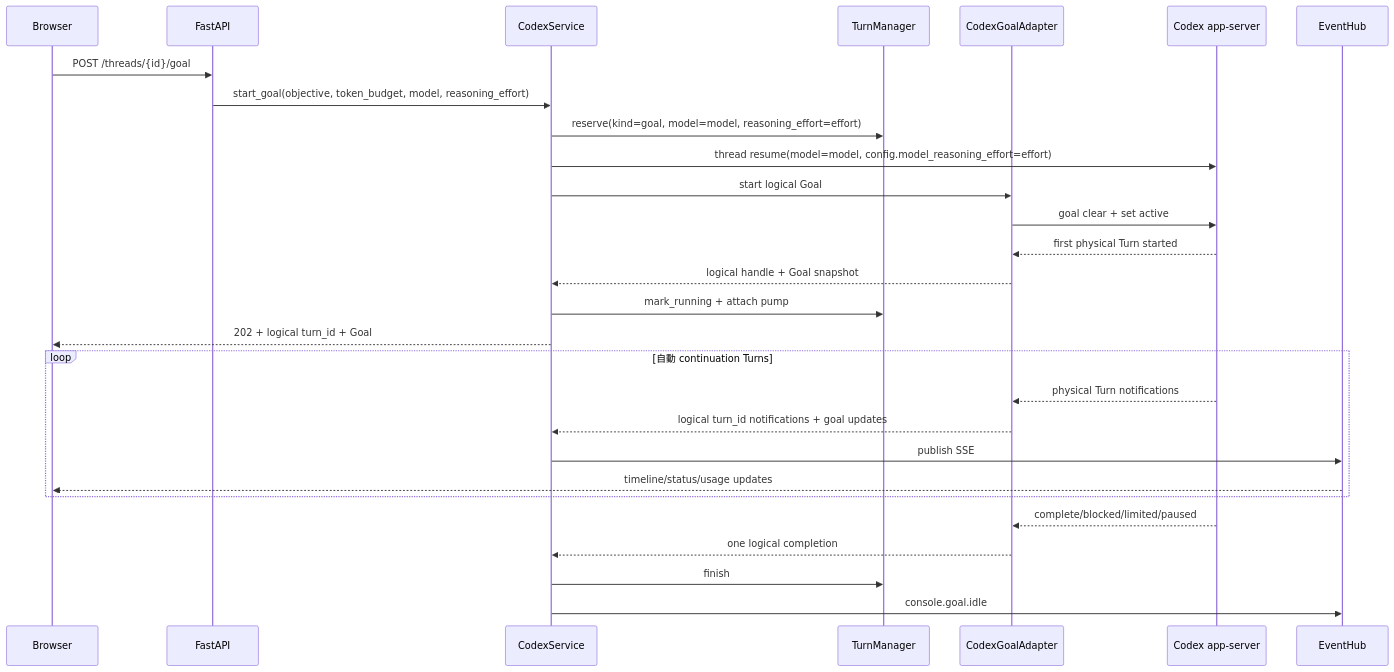
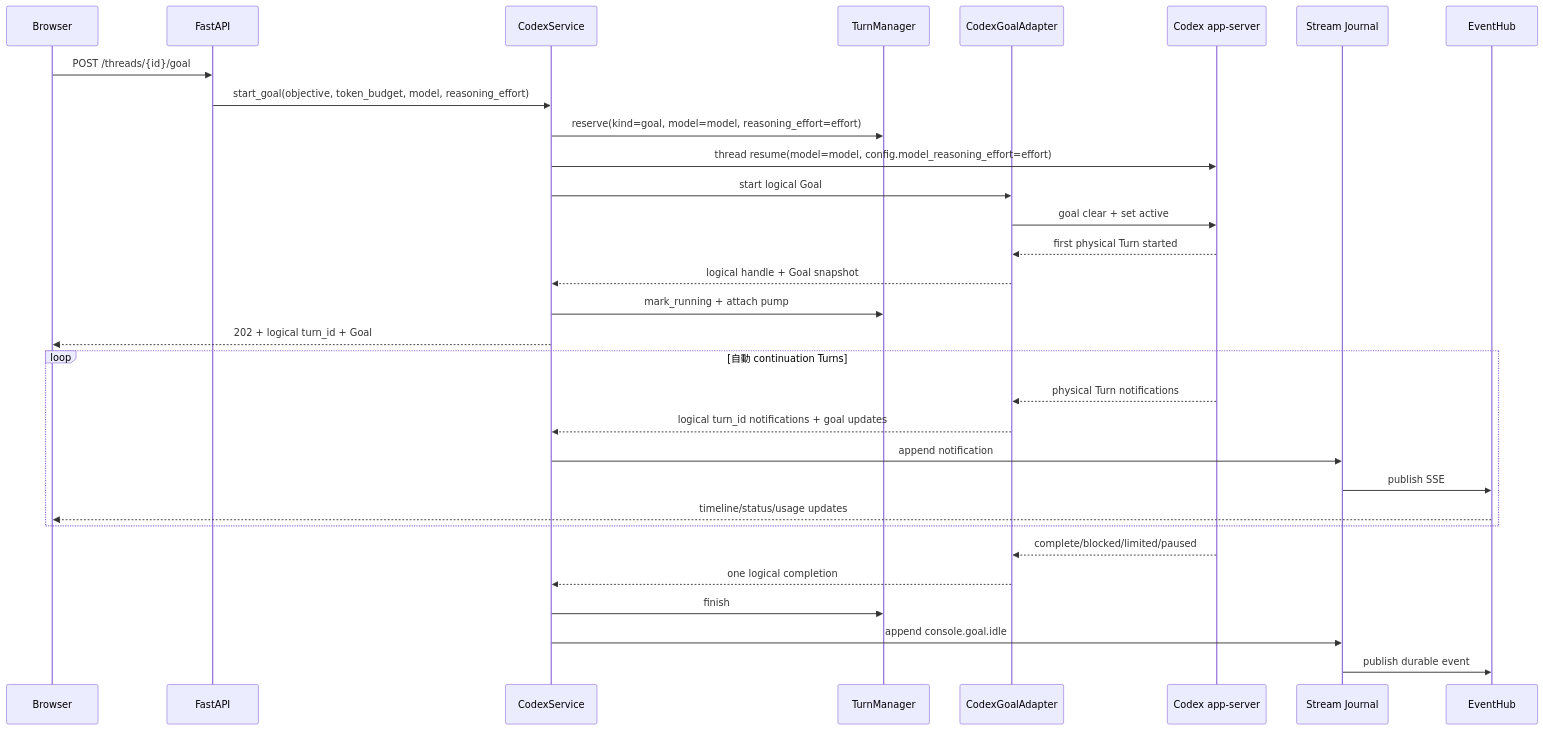
The fourth of 5 diagrams in docs/flows.md (sevenjay/agent_app_server), drawn with Mermaid before and after one commit. The commit also changed other lines of this file and 23 other files, not shown here.

Commit message:
feat: add durable stream journal timeline

````diff
--- a/docs/flows.md
+++ b/docs/flows.md
@@ -138,33 +145,36 @@
 ```mermaid
 sequenceDiagram
     participant Browser
     participant API as FastAPI
     participant Service as CodexService
     participant Turns as TurnManager
     participant Goal as CodexGoalAdapter
     participant Codex as Codex app-server
+    participant Journal as Stream Journal
     participant Hub as EventHub
 
     Browser->>API: POST /threads/{id}/goal
     API->>Service: start_goal(objective, token_budget, model, reasoning_effort)
     Service->>Turns: reserve(kind=goal, model=model, reasoning_effort=effort)
     Service->>Codex: thread resume(model=model, config.model_reasoning_effort=effort)
     Service->>Goal: start logical Goal
     Goal->>Codex: goal clear + set active
     Codex-->>Goal: first physical Turn started
     Goal-->>Service: logical handle + Goal snapshot
     Service->>Turns: mark_running + attach pump
     Service-->>Browser: 202 + logical turn_id + Goal
 
     loop 自動 continuation Turns
         Codex-->>Goal: physical Turn notifications
         Goal-->>Service: logical turn_id notifications + goal updates
-        Service->>Hub: publish SSE
+        Service->>Journal: append notification
+        Journal->>Hub: publish SSE
         Hub-->>Browser: timeline/status/usage updates
     end
 
     Codex-->>Goal: complete/blocked/limited/paused
     Goal-->>Service: one logical completion
     Service->>Turns: finish
-    Service->>Hub: console.goal.idle
+    Service->>Journal: append console.goal.idle
+    Journal->>Hub: publish durable event
 ```
````
